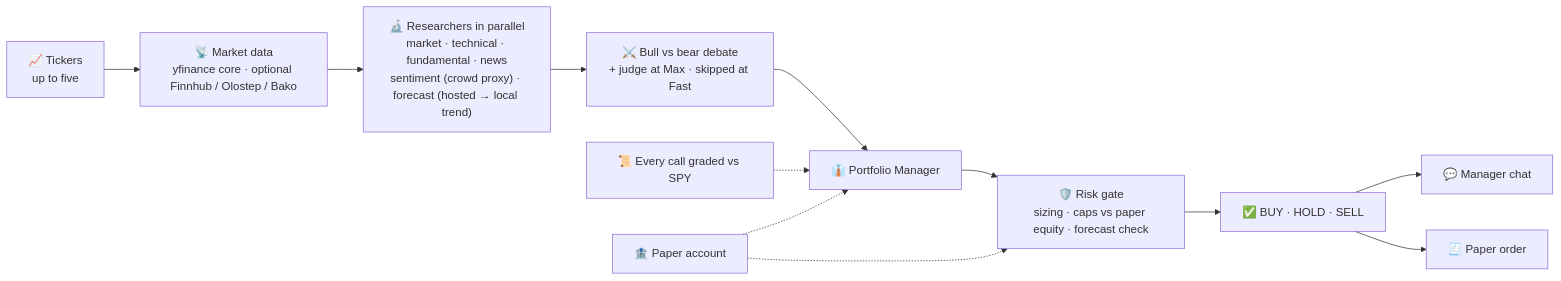
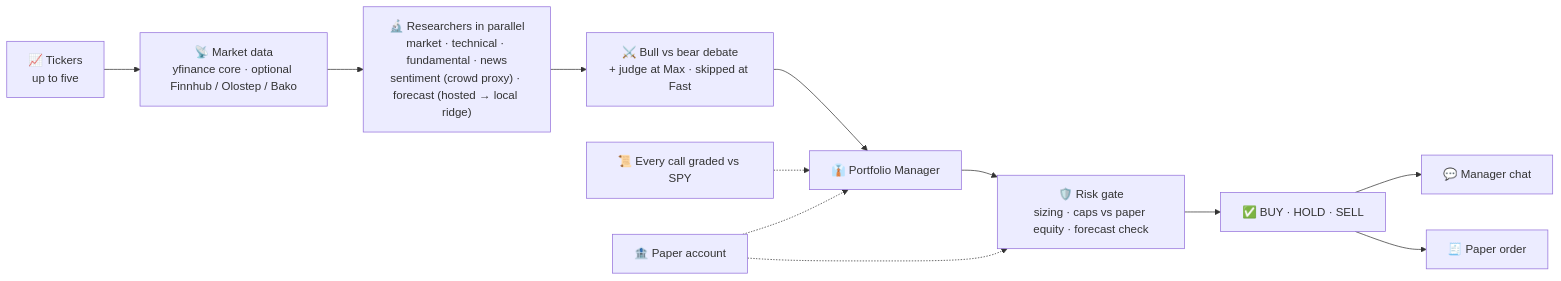
The diagram in README.md (ameyamg/BetterTradingAgents), drawn with Mermaid before and after one commit. The commit also changed other lines of this file and 11 other files, not shown here.

First line of the commit message:
Forecast: ridge local model, horizon-faithful Bako rows, chart forecast path

````diff
--- a/README.md
+++ b/README.md
@@ -51,14 +51,14 @@
 ```mermaid
 flowchart LR
     T["📈 Tickers<br/>up to five"] --> D["📡 Market data<br/>yfinance core · optional Finnhub / Olostep / Bako"]
-    D --> S["🔬 Researchers in parallel<br/>market · technical · fundamental · news<br/>sentiment (crowd proxy) · forecast (hosted → local trend)"]
+    D --> S["🔬 Researchers in parallel<br/>market · technical · fundamental · news<br/>sentiment (crowd proxy) · forecast (hosted → local ridge)"]
     S --> B["⚔️ Bull vs bear debate<br/>+ judge at Max · skipped at Fast"]
     B --> PM["👔 Portfolio Manager"]
     TR["📜 Every call graded vs SPY"] -.-> PM
     PA["🏦 Paper account"] -.-> PM
     PM --> RG["🛡️ Risk gate<br/>sizing · caps vs paper equity · forecast check"]
     PA -.-> RG
     RG --> OUT["✅ BUY · HOLD · SELL"]
     OUT --> C["💬 Manager chat"]
     OUT --> O["🧾 Paper order"]
 ```
````
